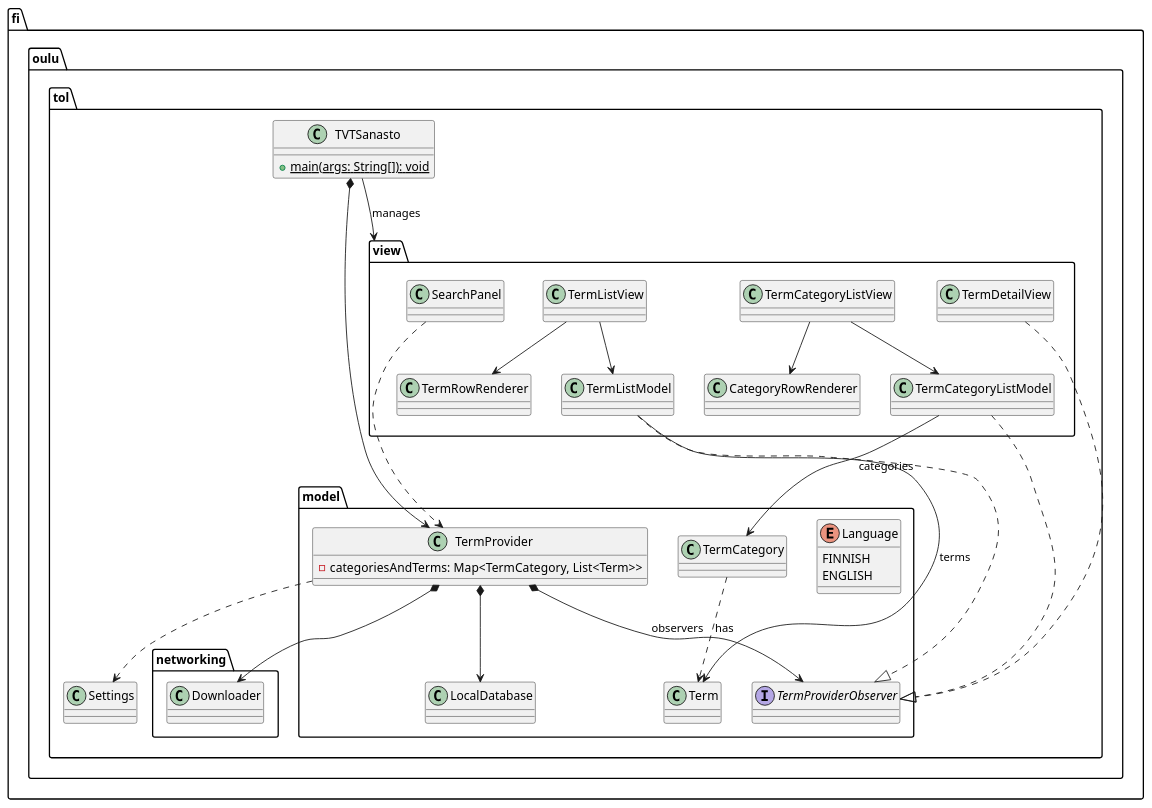
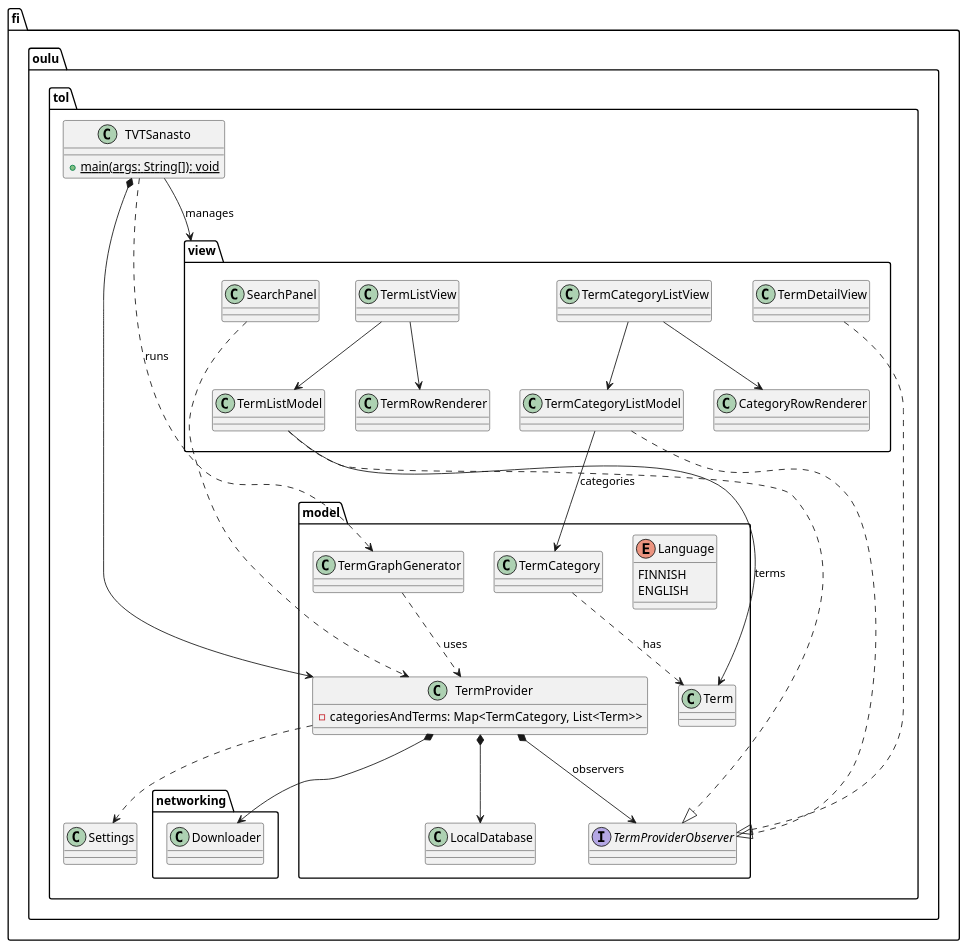
The diagram in structure.puml (anttijuu/TVTSanasto-Java), drawn with PlantUML before and after one commit. The commit also changed 2 other files, not shown here.

```diff
--- a/structure.puml
+++ b/structure.puml
@@ -1,56 +1,60 @@
 @startuml
 package fi.oulu.tol {
 	package fi.oulu.tol.model {
 
 		enum Language {
 			FINNISH
 			ENGLISH
 		}
 		class Term
 		class TermCategory
 		class LocalDatabase
 		class TermProvider {
 			-categoriesAndTerms: Map<TermCategory, List<Term>>
 		}
 		interface TermProviderObserver
 
 		TermProvider *--> LocalDatabase
 		TermProvider *--> TermProviderObserver: observers
 		TermCategory ..> Term : has
+
+		class TermGraphGenerator
+		TermGraphGenerator ..> TermProvider : uses
 	}
 
 	package fi.oulu.tol.networking {
 		class Downloader
 	}
 
 	TermProvider *--> Downloader
 
 	package fi.oulu.tol.view {
 		class TermCategoryListModel
 		class TermCategoryListView
 		class CategoryRowRenderer
 		class TermListModel
 		class TermListView
 		class TermDetailView
 		class TermRowRenderer
 		class SearchPanel
 		TermCategoryListView --> TermCategoryListModel
 		TermCategoryListView --> CategoryRowRenderer
 		TermListView --> TermListModel
 		TermListView --> TermRowRenderer
 	}
 	SearchPanel ..> TermProvider
 	TermCategoryListModel ..|> TermProviderObserver
 	TermListModel ..|> TermProviderObserver
 	TermDetailView ..|> TermProviderObserver
 	TermListModel --> Term: terms
 	TermCategoryListModel --> TermCategory: categories
 	class TVTSanasto {
 		+{static}main(args: String[]): void
 	}
 	class Settings
 	TVTSanasto *--> TermProvider
+	TVTSanasto ..> TermGraphGenerator : runs
 	TVTSanasto --> fi.oulu.tol.view: manages
 	TermProvider ..> Settings
 }
 @enduml
```
